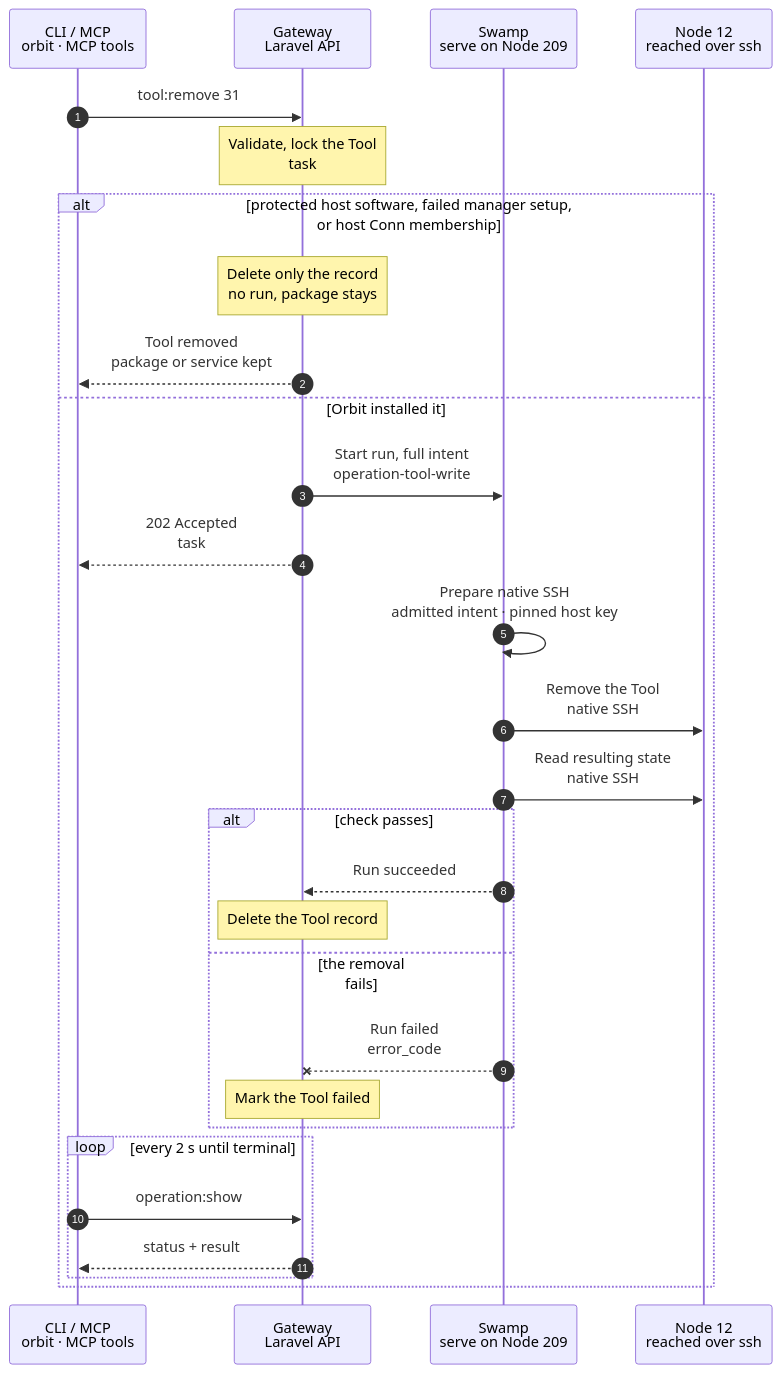
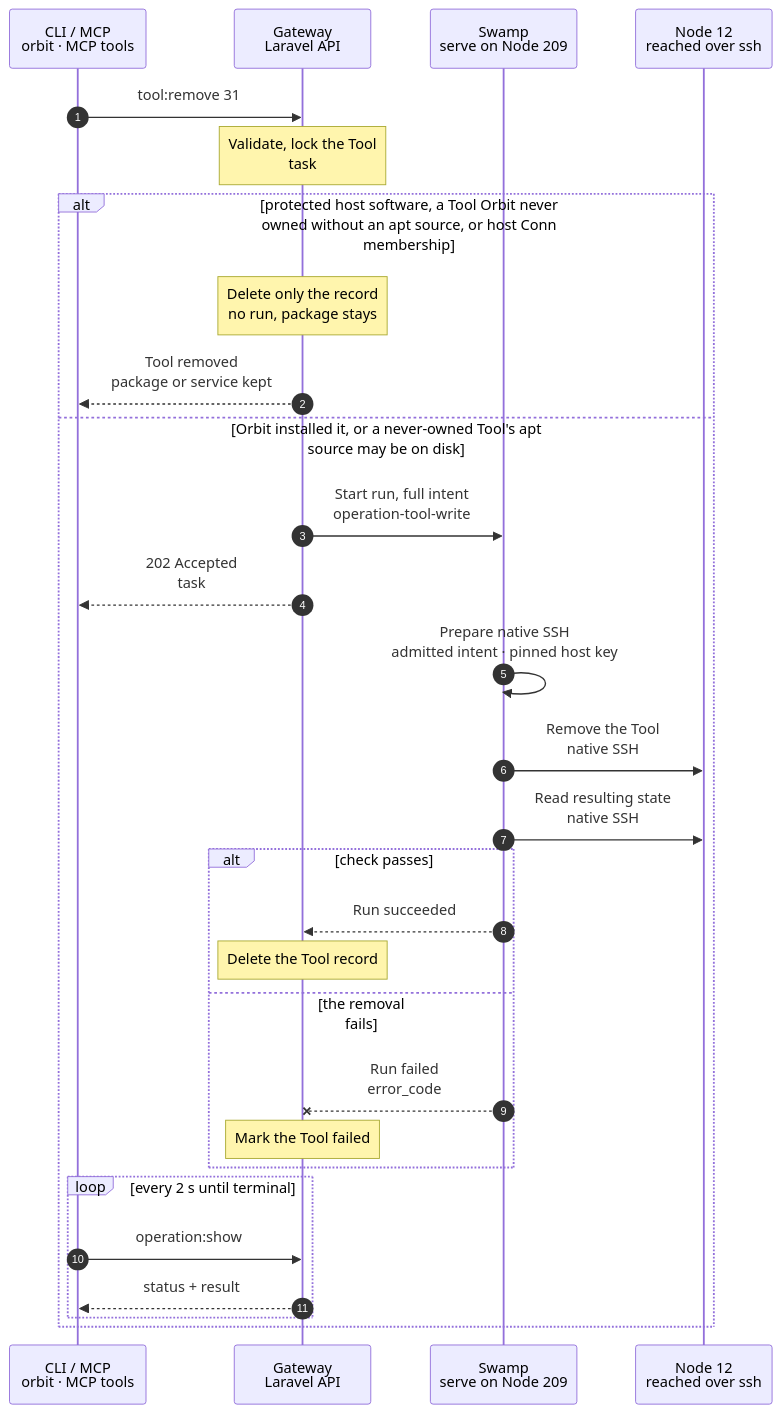
One commit to hardimpactdev/orbit changed the diagram in docs/cli/tool/remove.mmd. Above: the diagram before and after it, drawn with Mermaid. The commit also changed 21 other files, not shown here.

```diff
--- a/docs/cli/tool/remove.mmd
+++ b/docs/cli/tool/remove.mmd
@@ -1,49 +1,50 @@
 sequenceDiagram
   %% docs/reference/tools.md#remove-a-tool. R1: a record-only change starts no run.
   %% status: draft
   %% command: tool:remove
   %% kind: tool.remove
   autonumber
   %% lane CLI icon=terminal pill=caller tone=gray
   %% lane GW icon=gateway pill=intent tone=blue
   %% lane SW icon=workflow pill=executes tone=green
   %% lane N icon=server pill=target tone=amber
   participant CLI as CLI / MCP<br/>orbit · MCP tools
   participant GW as Gateway<br/>Laravel API
   participant SW as Swamp<br/>serve on Node 209
   participant N as Node 12<br/>reached over ssh
   CLI->>GW: tool:remove 31
   %%> Command:
   %%> - `orbit tool:remove 31 --yes`
   %%> - syntax: `<tool> [--yes] [--idempotency-key=KEY] [--json]`
   Note over GW: Validate, lock the Tool<br/>task #5135 · ripgrep on Node 12
-  alt protected host software, failed manager setup, or host Conn membership
+  alt protected host software, a Tool Orbit never owned without an apt source, or host Conn membership
     Note over GW: Delete only the record<br/>no run, package stays
     %%> Why:
     %%> - the recipe owns the package; removing it would break the role
-    %%> - a never-installed Tool can be withdrawn after manager setup fails
+    %%> - a Tool owns its package only once Orbit installed, adopted or observed it for that Tool; a refused or failed retry or a sibling's repair does not change that
     %%> - withdrawing a host Conn membership leaves the service running and excludes it from future release rollouts
     GW-->>CLI: Tool removed<br/>package or service kept
-  else Orbit installed it
+  else Orbit installed it, or a never-owned Tool's apt source may be on disk
     GW->>SW: Start run, full intent<br/>operation-tool-write
     GW-->>CLI: 202 Accepted<br/>task #5135
     SW->>SW: Prepare native SSH<br/>admitted intent · pinned host key
     SW->>N: Remove the Tool<br/>native SSH
     %%> Scope:
     %%> - remove the apt source when no membership needs it; otherwise repin only the remaining packages
+    %%> - `package_owned: false` keeps a package Orbit never owned and cleans only its apt source or pins
     %%> - a removal that would also remove a held recipe package is refused
     SW->>N: Read resulting state<br/>native SSH
     alt check passes
       SW-->>GW: Run succeeded
       Note over GW: Delete the Tool record
     else the removal fails
       SW--xGW: Run failed<br/>error_code
       Note over GW: Mark the Tool failed
       %%> Retry:
       %%> - run the same command again after a fix
     end
     loop every 2 s until terminal
       CLI->>GW: operation:show #5135
       GW-->>CLI: status + result
     end
   end
```
